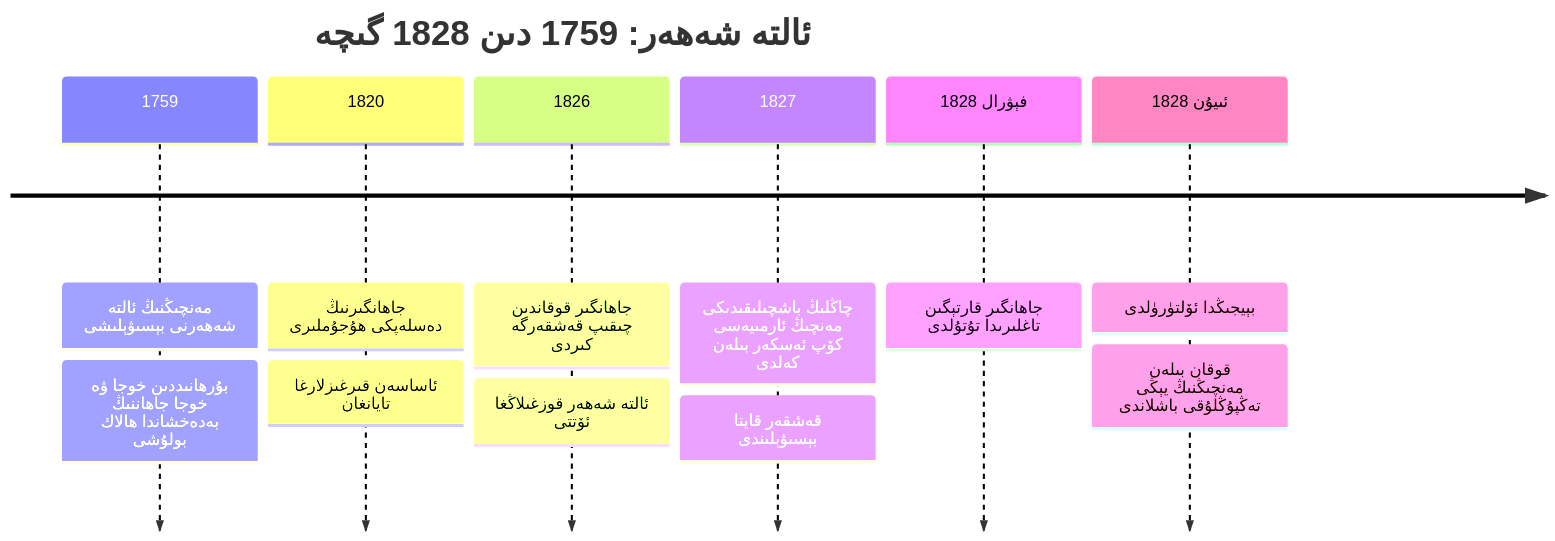
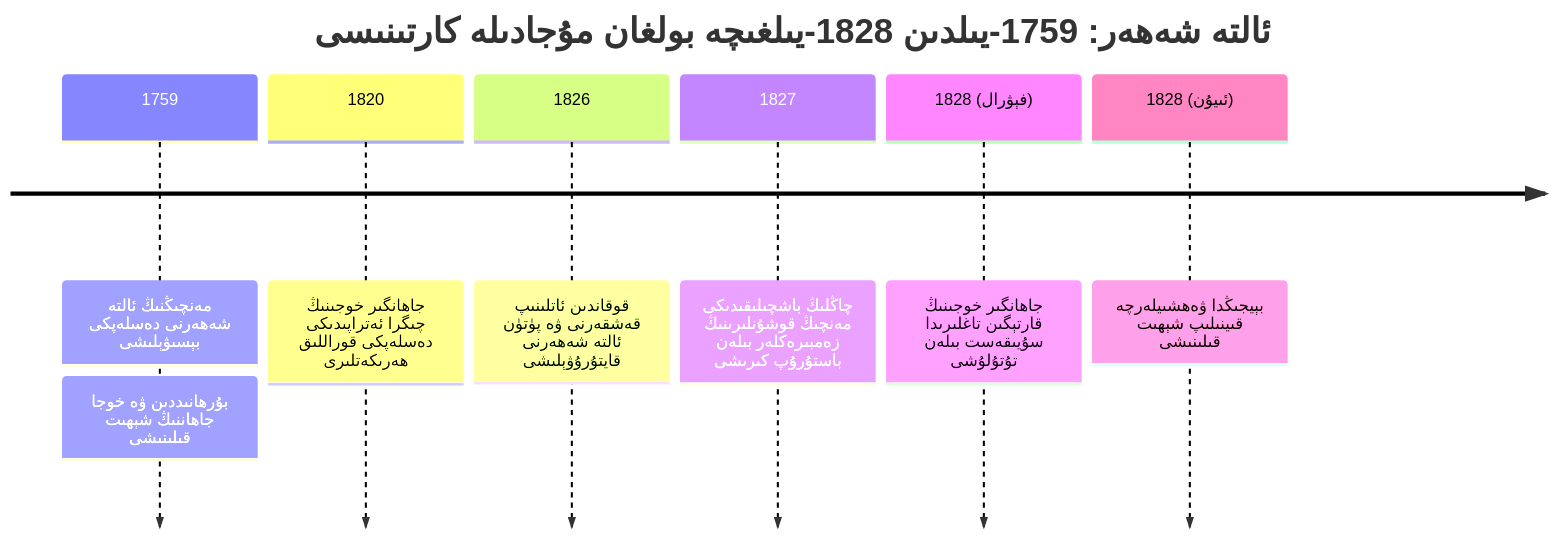
Before and after one commit to UyCoder/paydilar: the second of 4 diagrams in _posts/2026-10-24-Jahangir-Hoja-Qozghilingi-We-Sherqiy-Turkistan.md, drawn with Mermaid. The commit also changed other lines of this file and 2 other files, not shown here.

````diff
--- a/_posts/2026-10-24-Jahangir-Hoja-Qozghilingi-We-Sherqiy-Turkistan.md
+++ b/_posts/2026-10-24-Jahangir-Hoja-Qozghilingi-We-Sherqiy-Turkistan.md
@@ -103,10 +104,10 @@
 ```mermaid
 timeline
-    title ئالتە شەھەر: 1759 دىن 1828 گىچە
-    1759 : مەنچىڭنىڭ ئالتە شەھەرنى بېسىۋېلىشى : بۇرھانىددىن خوجا ۋە خوجا جاھاننىڭ بەدەخشاندا ھالاك بولۇشى
-    1820 : جاھانگىرنىڭ دەسلەپكى ھۇجۇملىرى : ئاساسەن قىرغىزلارغا تايانغان
-    1826 : جاھانگىر قوقاندىن چىقىپ قەشقەرگە كىردى : ئالتە شەھەر قوزغىلاڭغا ئۆتتى
-    1827 : چاڭلىڭ باشچىلىقىدىكى مەنچىڭ ئارمىيەسى كۆپ ئەسكەر بىلەن كەلدى : قەشقەر قايتا بېسىۋېلىندى
-    1828 فېۋرال : جاھانگىر قارتېگىن تاغلىرىدا تۇتۇلدى
-    1828 ئىيۇن : بېيجىڭدا ئۆلتۈرۈلدى : قوقان بىلەن مەنچىڭنىڭ يېڭى تەڭپۇڭلۇقى باشلاندى
+    title ئالتە شەھەر: 1759-يىلدىن 1828-يىلغىچە بولغان مۇجادىلە كارتىنىسى
+    1759 : مەنچىڭنىڭ ئالتە شەھەرنى دەسلەپكى بېسىۋېلىشى : بۇرھانىددىن ۋە خوجا جاھاننىڭ شېھىت قىلىنىشى
+    1820 : جاھانگىر خوجىنىڭ چىگرا ئەتراپىدىكى دەسلەپكى قوراللىق ھەرىكەتلىرى
+    1826 : قوقاندىن ئاتلىنىپ قەشقەرنى ۋە پۈتۈن ئالتە شەھەرنى قايتۇرۇۋېلىشى
+    1827 : چاڭلىڭ باشچىلىقىدىكى مەنچىڭ قوشۇنلىرىنىڭ زەمبىرەكلەر بىلەن باستۇرۇپ كىرىشى
+    1828 (فېۋرال) : جاھانگىر خوجىنىڭ قارتېگىن تاغلىرىدا سۇيىقەست بىلەن تۇتۇلۇشى
+    1828 (ئىيۇن) : بېيجىڭدا ۋەھشىيلەرچە قىينىلىپ شېھىت قىلىنىشى
 ```
````
